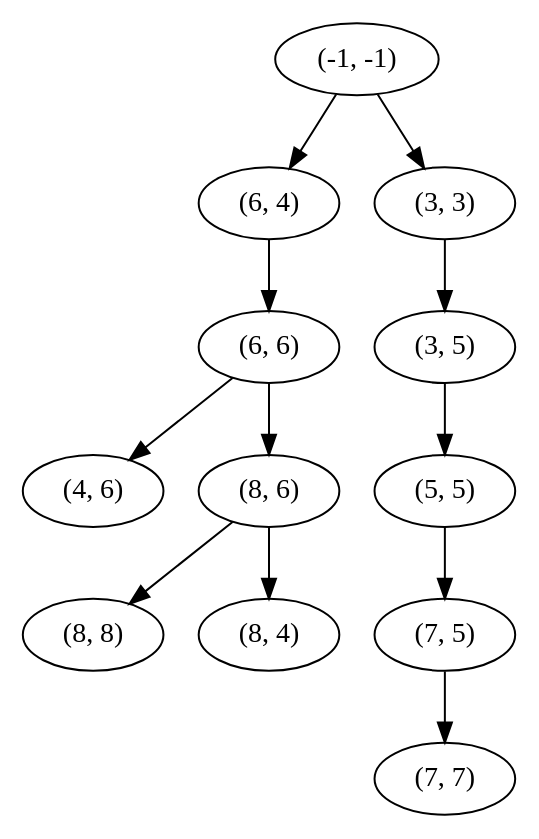
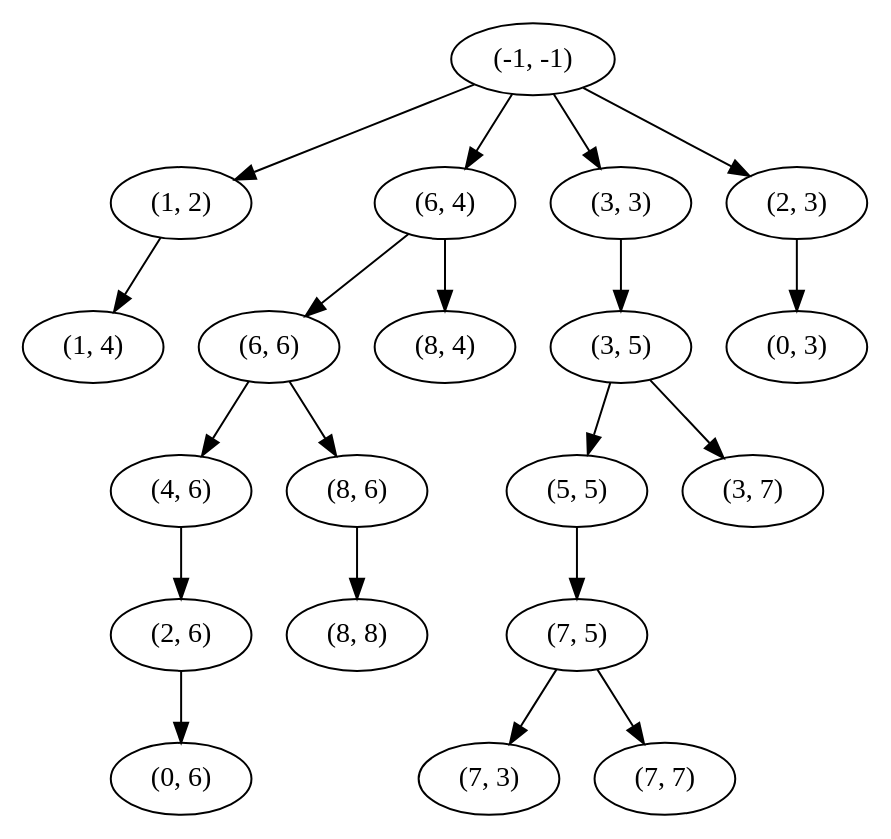
Before and after one commit to groupe25/LE_CHEMIN_DES_CHEFS: the diagram in tree.dot, drawn with Graphviz. The commit also changed 982 other files, not shown here.

```diff
--- a/tree.dot
+++ b/tree.dot
@@ -1,25 +1,41 @@
 strict digraph G {
+"(1, 2)" [niveau=1];
 "(6, 4)" [niveau=1];
+"(2, 6)" [niveau=4];
 "(4, 6)" [niveau=3];
+"(7, 3)" [niveau=5];
+"(3, 3)" [niveau=1];
 "(6, 6)" [niveau=2];
+"(8, 6)" [niveau=3];
 "(5, 5)" [niveau=3];
-"(3, 5)" [niveau=2];
+"(1, 4)" [niveau=2];
 "(8, 8)" [niveau=4];
+"(0, 6)" [niveau=5];
 "(7, 5)" [niveau=4];
+"(2, 3)" [niveau=1];
 "(-1, -1)" [niveau=0];
 "(7, 7)" [niveau=5];
-"(8, 6)" [niveau=3];
-"(8, 4)" [niveau=4];
-"(3, 3)" [niveau=1];
+"(3, 7)" [niveau=3];
+"(0, 3)" [niveau=2];
+"(3, 5)" [niveau=2];
+"(8, 4)" [niveau=2];
+"(1, 2)" -> "(1, 4)";
 "(6, 4)" -> "(6, 6)";
+"(6, 4)" -> "(8, 4)";
+"(2, 6)" -> "(0, 6)";
+"(4, 6)" -> "(2, 6)";
+"(3, 3)" -> "(3, 5)";
 "(6, 6)" -> "(8, 6)";
 "(6, 6)" -> "(4, 6)";
+"(8, 6)" -> "(8, 8)";
 "(5, 5)" -> "(7, 5)";
+"(7, 5)" -> "(7, 3)";
+"(7, 5)" -> "(7, 7)";
+"(2, 3)" -> "(0, 3)";
+"(-1, -1)" -> "(1, 2)";
+"(-1, -1)" -> "(6, 4)";
+"(-1, -1)" -> "(2, 3)";
+"(-1, -1)" -> "(3, 3)";
+"(3, 5)" -> "(3, 7)";
 "(3, 5)" -> "(5, 5)";
-"(7, 5)" -> "(7, 7)";
-"(-1, -1)" -> "(6, 4)";
-"(-1, -1)" -> "(3, 3)";
-"(8, 6)" -> "(8, 8)";
-"(8, 6)" -> "(8, 4)";
-"(3, 3)" -> "(3, 5)";
 }
```
